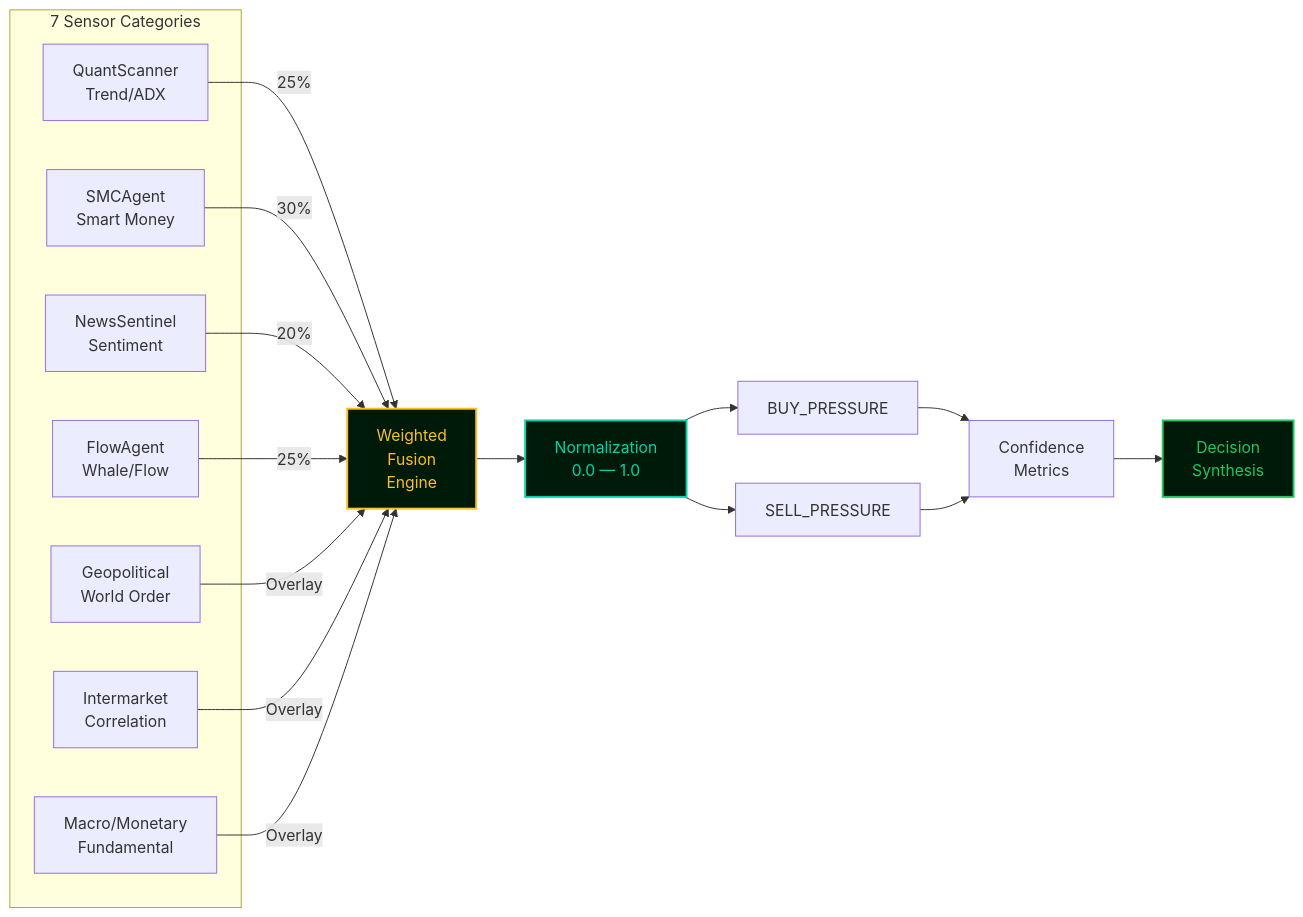
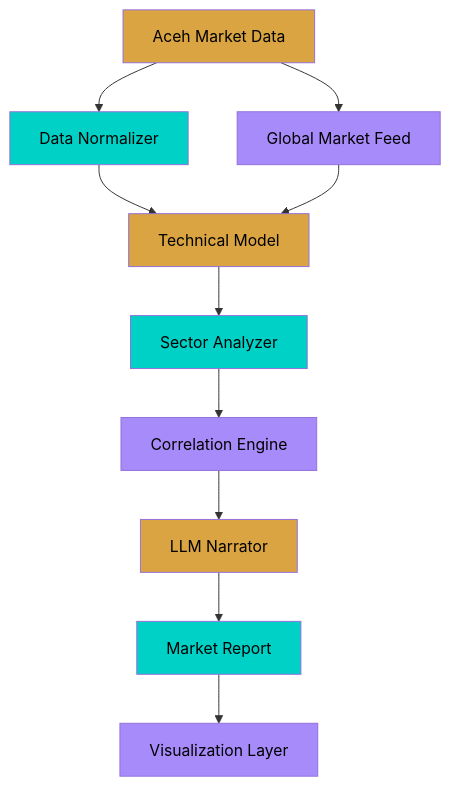
Before and after one commit to mulkymalikuldhrs/Quant-Nanggroe-AI: the diagram in README.md, drawn with Mermaid. The commit also changed other lines of this file, not shown here.

````diff
--- a/README.md
+++ b/README.md
@@ -178,33 +23,21 @@
 ```mermaid
-graph LR
-    subgraph "7 Sensor Categories"
-        S1[QuantScanner<br/>Trend/ADX]
-        S2[SMCAgent<br/>Smart Money]
-        S3[NewsSentinel<br/>Sentiment]
-        S4[FlowAgent<br/>Whale/Flow]
-        S5[Geopolitical<br/>World Order]
-        S6[Intermarket<br/>Correlation]
-        S7[Macro/Monetary<br/>Fundamental]
-    end
-
-    S1 -->|25%| W[Weighted<br/>Fusion<br/>Engine]
-    S2 -->|30%| W
-    S3 -->|20%| W
-    S4 -->|25%| W
-    S5 -->|Overlay| W
-    S6 -->|Overlay| W
-    S7 -->|Overlay| W
-
-    W --> N[Normalization<br/>0.0 — 1.0]
-    N --> BP[BUY_PRESSURE]
-    N --> SP[SELL_PRESSURE]
-
-    BP --> C[Confidence<br/>Metrics]
-    SP --> C
-
-    C --> D[Decision<br/>Synthesis]
-
-    style W fill:#001a0a,stroke:#fbbf24,stroke-width:2px,color:#fbbf24
-    style N fill:#001a0a,stroke:#00D4AA,stroke-width:2px,color:#00D4AA
-    style D fill:#001a0a,stroke:#22c55e,stroke-width:2px,color:#22c55e
+flowchart TD
+    A[Aceh Market Data] --> B[Data Normalizer]
+    A --> C[Global Market Feed]
+    B --> D[Technical Model]
+    C --> D
+    D --> E[Sector Analyzer]
+    E --> F[Correlation Engine]
+    F --> G[LLM Narrator]
+    G --> H[Market Report]
+    H --> I[Visualization Layer]
+    style A fill:#D9A441,color:#000
+    style B fill:#00D1C7,color:#000
+    style C fill:#A78BFA,color:#000
+    style D fill:#D9A441,color:#000
+    style E fill:#00D1C7,color:#000
+    style F fill:#A78BFA,color:#000
+    style G fill:#D9A441,color:#000
+    style H fill:#00D1C7,color:#000
+    style I fill:#A78BFA,color:#000
 ```
````
